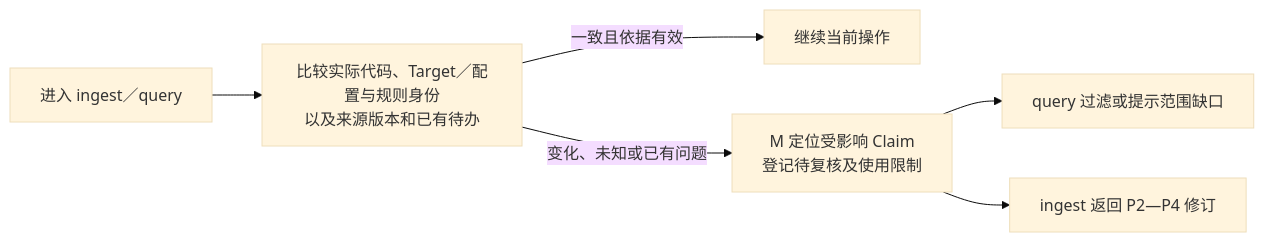
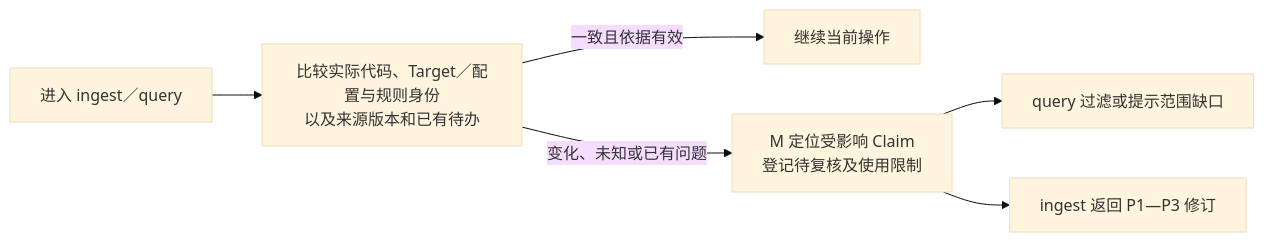
One commit to Robin-hhc/FactumCore changed diagram 21 of 27 in himate/himate-knowledge-wifi-mp/docs-llm-wiki/知识库详细设计.md. Above: the diagram before and after it, drawn with Mermaid (base theme). The commit also changed other lines of this file and 190 other files, not shown here.

````diff
--- a/himate/himate-knowledge-wifi-mp/docs-llm-wiki/知识库详细设计.md
+++ b/himate/himate-knowledge-wifi-mp/docs-llm-wiki/知识库详细设计.md
@@ -903,8 +909,8 @@
 ```mermaid
 flowchart LR
     ENTRY["进入 ingest／query"] --> COMPARE["比较实际代码、Target／配置与规则身份<br/>以及来源版本和已有待办"]
     COMPARE -->|"一致且依据有效"| USE["继续当前操作"]
     COMPARE -->|"变化、未知或已有问题"| M["M 定位受影响 Claim<br/>登记待复核及使用限制"]
     M --> QUERY["query 过滤或提示范围缺口"]
-    M --> REVISE["ingest 返回 P2—P4 修订"]
+    M --> REVISE["ingest 返回 P1—P3 修订"]
 ```
````
